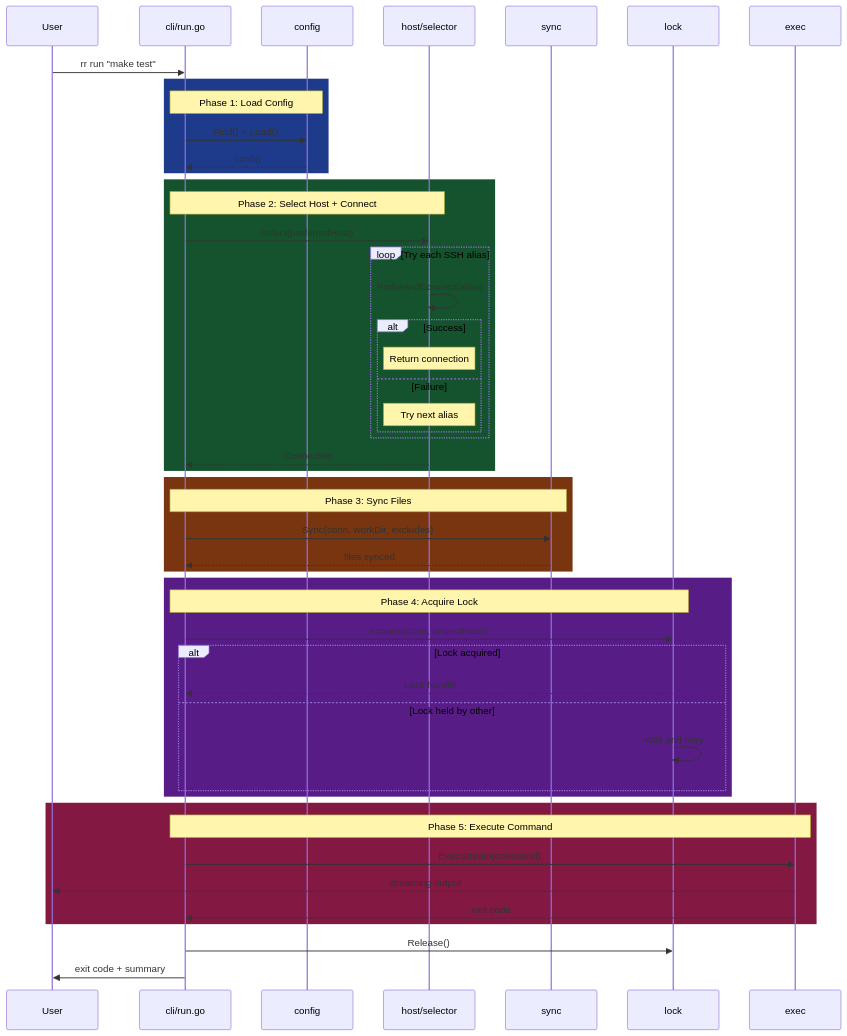
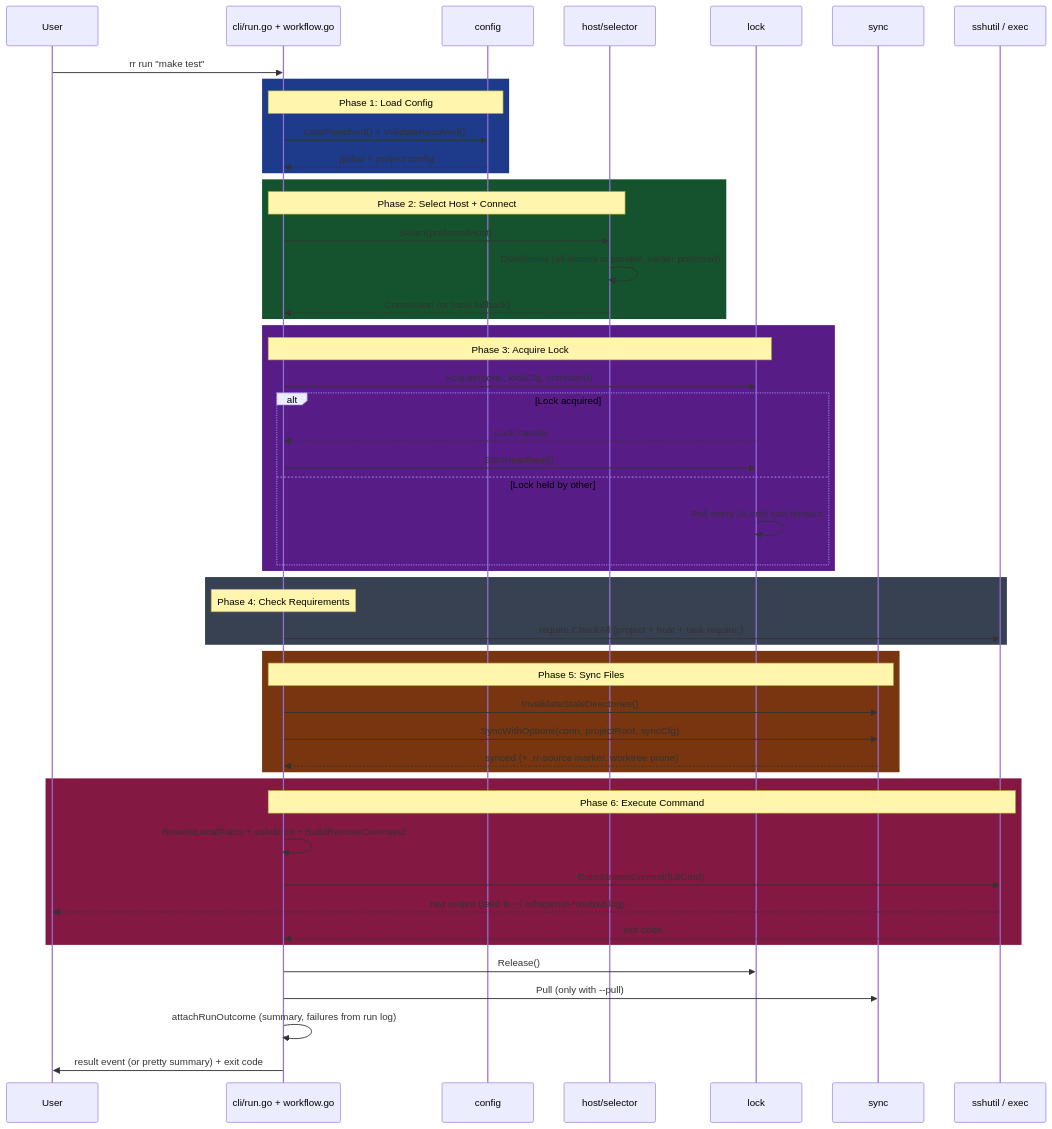
One commit to rileyhilliard/rr changed the third of 8 diagrams in docs/ARCHITECTURE.md. Above: the diagram before and after it, drawn with Mermaid. The commit also changed other lines of this file and 23 other files, not shown here.

First line of the commit message:
docs: lead README with the agent test-runner use case, sync docs with code (#244)

````diff
--- a/docs/ARCHITECTURE.md
+++ b/docs/ARCHITECTURE.md
@@ -891,58 +1022,61 @@
 ```mermaid
 sequenceDiagram
     participant User
-    participant CLI as cli/run.go
+    participant CLI as cli/run.go + workflow.go
     participant Config as config
     participant Host as host/selector
+    participant Lock as lock
     participant Sync as sync
-    participant Lock as lock
-    participant Exec as exec
+    participant Exec as sshutil / exec
 
     User->>CLI: rr run "make test"
 
     rect rgb(30, 58, 138)
         Note over CLI,Config: Phase 1: Load Config
-        CLI->>Config: Find() + Load()
-        Config-->>CLI: config
+        CLI->>Config: LoadResolved() + ValidateResolved()
+        Config-->>CLI: global + project config
     end
 
     rect rgb(20, 83, 45)
         Note over CLI,Host: Phase 2: Select Host + Connect
         CLI->>Host: Select(preferredHost)
-        loop Try each SSH alias
-            Host->>Host: ProbeAndConnect(alias)
-            alt Success
-                Note over Host: Return connection
-            else Failure
-                Note over Host: Try next alias
-            end
+        Host->>Host: DialAliases (all aliases in parallel, earlier preferred)
+        Host-->>CLI: Connection (or local fallback)
+    end
+
+    rect rgb(88, 28, 135)
+        Note over CLI,Lock: Phase 3: Acquire Lock
+        CLI->>Lock: Acquire(conn, lockCfg, command)
+        alt Lock acquired
+            Lock-->>CLI: Lock handle
+            CLI->>Lock: StartHeartbeat()
+        else Lock held by other
+            Lock->>Lock: Poll every 2s until lock.timeout
         end
-        Host-->>CLI: Connection
+    end
+
+    rect rgb(55, 65, 81)
+        Note over CLI: Phase 4: Check Requirements
+        CLI->>Exec: require.CheckAll (project + host + task require:)
     end
 
     rect rgb(120, 53, 15)
-        Note over CLI,Sync: Phase 3: Sync Files
-        CLI->>Sync: Sync(conn, workDir, excludes)
-        Sync-->>CLI: files synced
-    end
-
-    rect rgb(88, 28, 135)
-        Note over CLI,Lock: Phase 4: Acquire Lock
-        CLI->>Lock: Acquire(conn, projectHash)
-        alt Lock acquired
-            Lock-->>CLI: Lock handle
-        else Lock held by other
-            Lock->>Lock: Wait and retry
-        end
+        Note over CLI,Sync: Phase 5: Sync Files
+        CLI->>Sync: InvalidateStaleDirectories()
+        CLI->>Sync: SyncWithOptions(conn, projectRoot, syncCfg)
+        Sync-->>CLI: synced (+ .rr-source marker, worktree prune)
     end
 
     rect rgb(131, 24, 67)
-        Note over CLI,Exec: Phase 5: Execute Command
-        CLI->>Exec: ExecStream(command)
-        Exec-->>User: streaming output
+        Note over CLI,Exec: Phase 6: Execute Command
+        CLI->>CLI: RewriteLocalPaths + subdir cd + BuildRemoteCommand
+        CLI->>Exec: ExecStreamContext(fullCmd)
+        Exec-->>User: raw output (teed to ~/.rr/logs/run-*/output.log)
         Exec-->>CLI: exit code
     end
 
     CLI->>Lock: Release()
-    CLI->>User: exit code + summary
+    CLI->>Sync: Pull (only with --pull)
+    CLI->>CLI: attachRunOutcome (summary, failures from run log)
+    CLI->>User: result event (or pretty summary) + exit code
 ```
````
